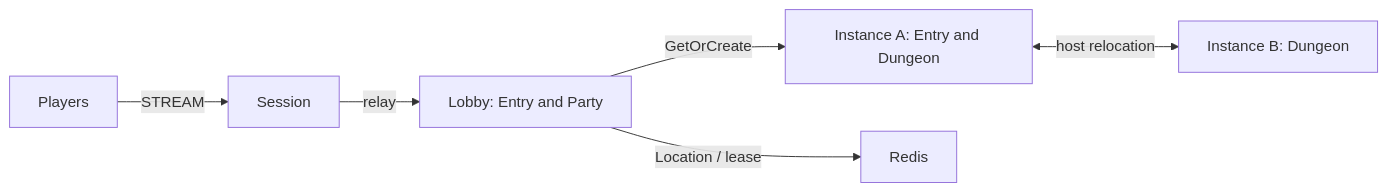
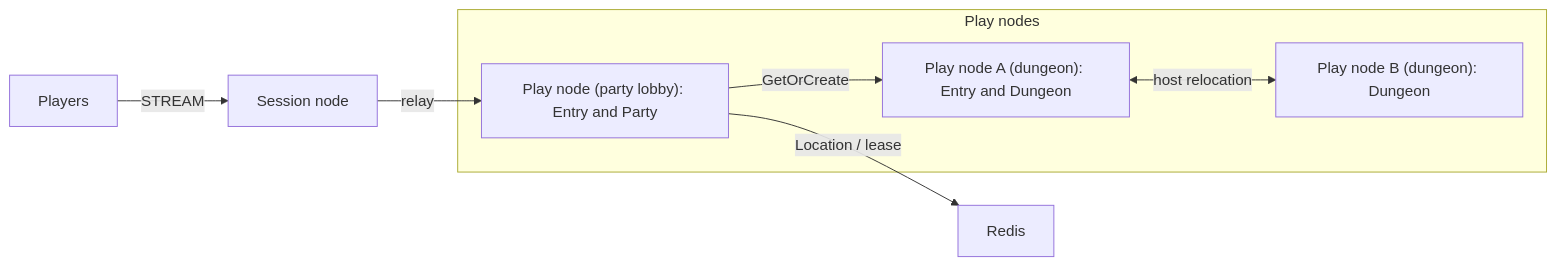
The diagram in framework/languages/node/templates/morpg-lobby-instances/my-game/README.md (zlink-systems/zlink), drawn with Mermaid before and after one commit. The commit also changed other lines of this file and 223 other files, not shown here.

First line of the commit message:
docs(templates): 모든 템플릿의 노드 이름을 Session node · Play node · API node로 (#5350)

````diff
--- a/framework/languages/node/templates/morpg-lobby-instances/my-game/README.md
+++ b/framework/languages/node/templates/morpg-lobby-instances/my-game/README.md
@@ -5,8 +5,13 @@
 ```mermaid
 flowchart LR
-  players[Players] -->|STREAM| session[Session]
-  session -->|relay| lobby[Lobby: Entry and Party]
-  lobby -->|GetOrCreate| instanceA[Instance A: Entry and Dungeon]
-  instanceA <-->|host relocation| instanceB[Instance B: Dungeon]
+  subgraph playNodes["Play nodes"]
+    lobby["Play node (party lobby): Entry and Party"]
+    instanceA["Play node A (dungeon): Entry and Dungeon"]
+    instanceB["Play node B (dungeon): Dungeon"]
+  end
+  players[Players] -->|STREAM| session["Session node"]
+  session -->|relay| lobby
+  lobby -->|GetOrCreate| instanceA
+  instanceA <-->|host relocation| instanceB
   lobby -->|Location / lease| location[Redis]
 ```
````
